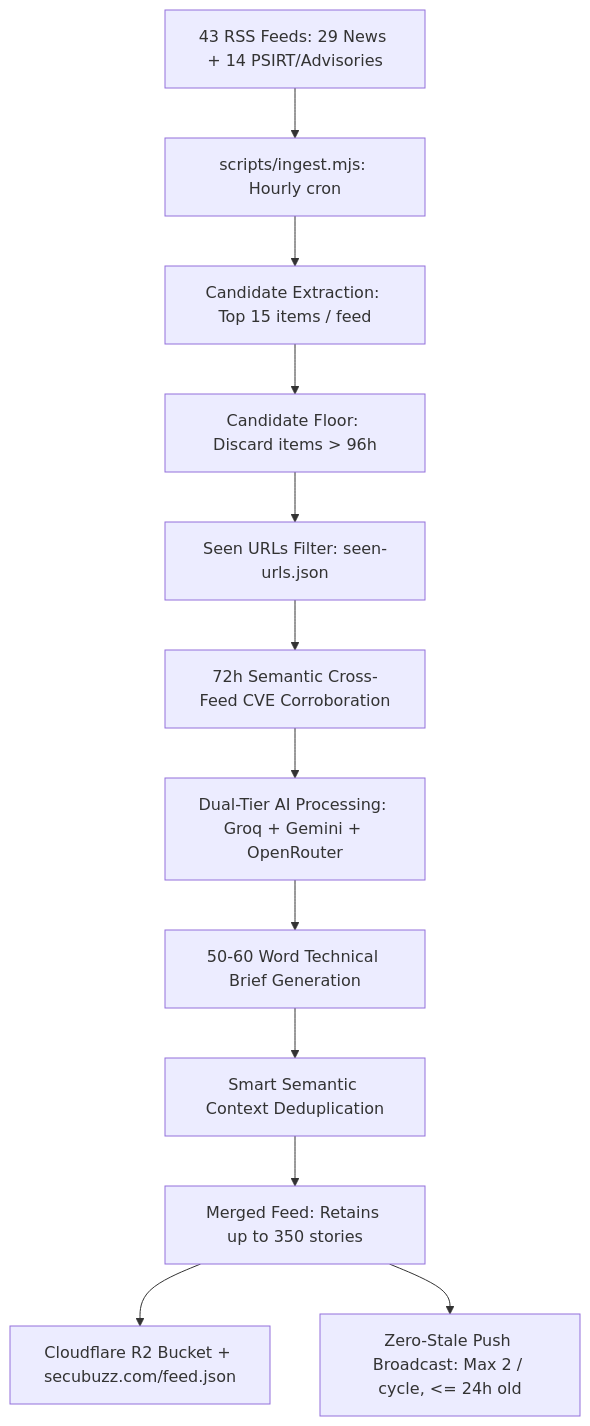
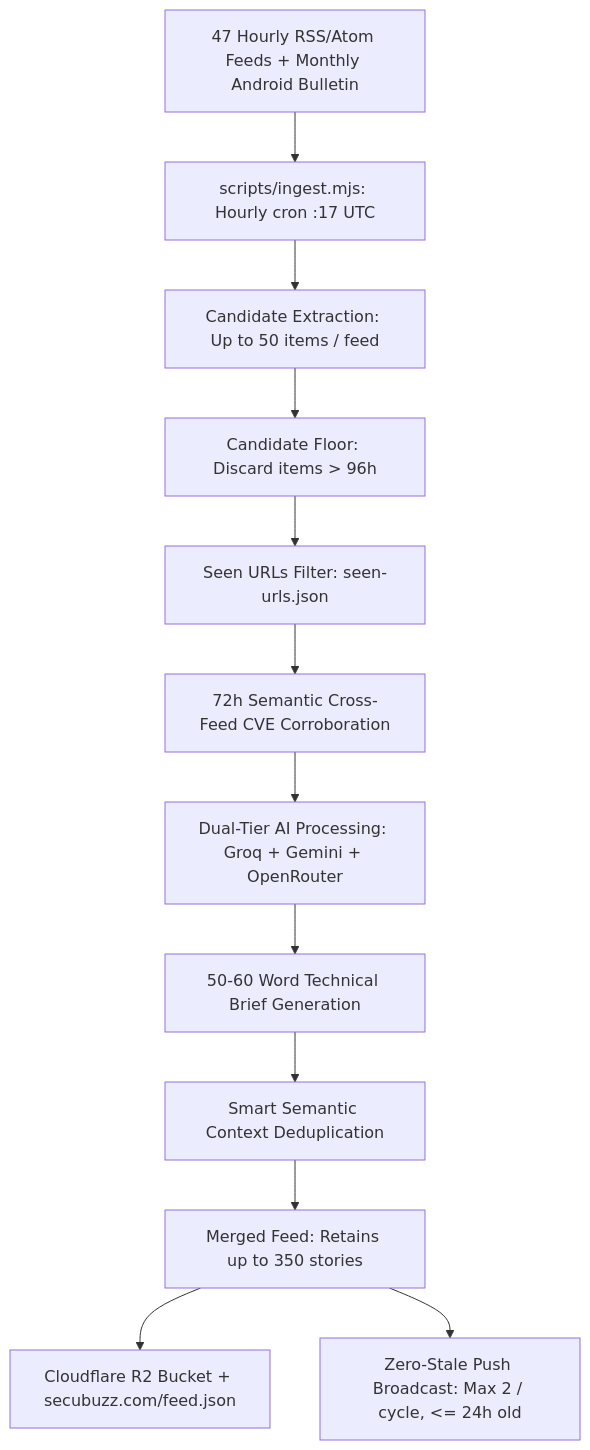
Before and after one commit to nisargs/SecuBuzz: the diagram in docs/FEEDS_AND_SOURCES.md, drawn with Mermaid. The commit also changed other lines of this file and 8 other files, not shown here.

Commit message:
feat(feeds): expand intelligence pipeline with Socket.dev, Huntress, Arctic Wolf, Oracle PSIRT, and monthly Android ASB workflow

````diff
--- a/docs/FEEDS_AND_SOURCES.md
+++ b/docs/FEEDS_AND_SOURCES.md
@@ -102,14 +111,14 @@
 ```mermaid
 graph TD
-    A[43 RSS Feeds: 29 News + 14 PSIRT/Advisories] --> B[scripts/ingest.mjs: Hourly cron]
-    B --> C[Candidate Extraction: Top 15 items / feed]
-    C --> D[Candidate Floor: Discard items > 96h]
-    D --> E[Seen URLs Filter: seen-urls.json]
-    E --> F[72h Semantic Cross-Feed CVE Corroboration]
-    F --> G[Dual-Tier AI Processing: Groq + Gemini + OpenRouter]
-    G --> H[50-60 Word Technical Brief Generation]
-    H --> I[Smart Semantic Context Deduplication]
-    I --> J[Merged Feed: Retains up to 350 stories]
-    J --> K[Cloudflare R2 Bucket + secubuzz.com/feed.json]
-    J --> L[Zero-Stale Push Broadcast: Max 2 / cycle, <= 24h old]
+    A["47 Hourly RSS/Atom Feeds + Monthly Android Bulletin"] --> B["scripts/ingest.mjs: Hourly cron :17 UTC"]
+    B --> C["Candidate Extraction: Up to 50 items / feed"]
+    C --> D["Candidate Floor: Discard items > 96h"]
+    D --> E["Seen URLs Filter: seen-urls.json"]
+    E --> F["72h Semantic Cross-Feed CVE Corroboration"]
+    F --> G["Dual-Tier AI Processing: Groq + Gemini + OpenRouter"]
+    G --> H["50-60 Word Technical Brief Generation"]
+    H --> I["Smart Semantic Context Deduplication"]
+    I --> J["Merged Feed: Retains up to 350 stories"]
+    J --> K["Cloudflare R2 Bucket + secubuzz.com/feed.json"]
+    J --> L["Zero-Stale Push Broadcast: Max 2 / cycle, <= 24h old"]
 ```
````
